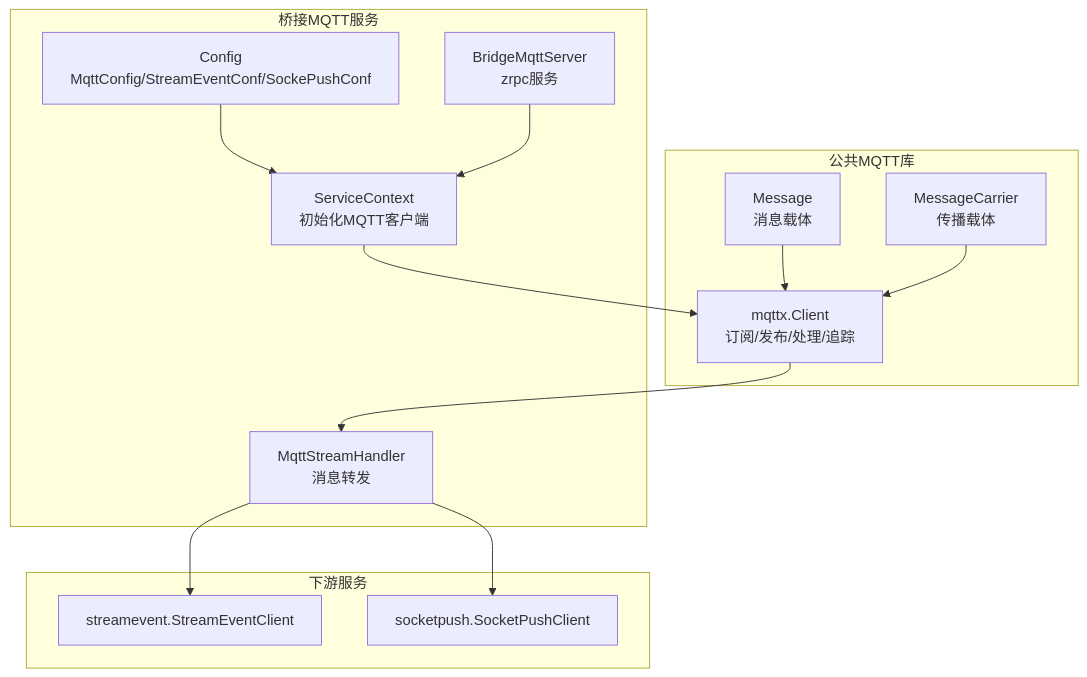
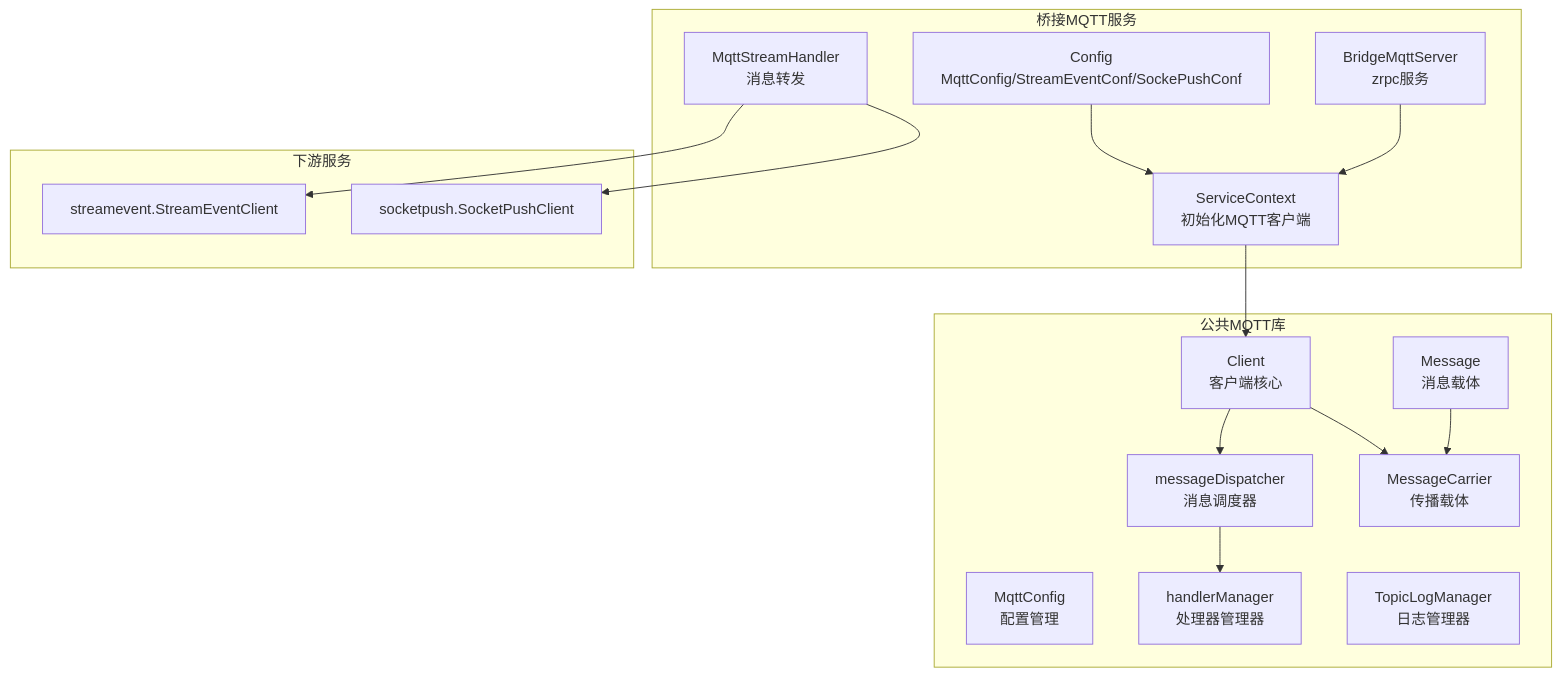
One commit to maomao94/zero-service changed the first of 6 diagrams in .qoder/repowiki/zh/content/公共组件库/协议处理组件/MQTT协议处理组件.md. Above: the diagram before and after it, drawn with Mermaid. The commit also changed other lines of this file and 59 other files, not shown here.

````diff
--- a/.qoder/repowiki/zh/content/公共组件库/协议处理组件/MQTT协议处理组件.md
+++ b/.qoder/repowiki/zh/content/公共组件库/协议处理组件/MQTT协议处理组件.md
@@ -42,26 +53,31 @@
 ```mermaid
 graph TB
 subgraph "公共MQTT库"
-MQTTL["mqttx.Client<br/>订阅/发布/处理/追踪"]
-MSG["Message<br/>消息载体"]
+CLIENT["Client<br/>客户端核心"]
+CONFIG["MqttConfig<br/>配置管理"]
+DISPATCHER["messageDispatcher<br/>消息调度器"]
+HANDLER_MGR["handlerManager<br/>处理器管理器"]
+TOPIC_LOG["TopicLogManager<br/>日志管理器"]
+MESSAGE["Message<br/>消息载体"]
 TRACE["MessageCarrier<br/>传播载体"]
 end
 subgraph "桥接MQTT服务"
 CFG["Config<br/>MqttConfig/StreamEventConf/SockePushConf"]
 SVC["ServiceContext<br/>初始化MQTT客户端"]
 HANDLER["MqttStreamHandler<br/>消息转发"]
 RPCS["BridgeMqttServer<br/>zrpc服务"]
 end
 subgraph "下游服务"
 SE["streamevent.StreamEventClient"]
 SP["socketpush.SocketPushClient"]
 end
-MQTTL --> HANDLER
-MSG --> MQTTL
-TRACE --> MQTTL
+CLIENT --> DISPATCHER
+DISPATCHER --> HANDLER_MGR
+CLIENT --> TRACE
+MESSAGE --> TRACE
 CFG --> SVC
-SVC --> MQTTL
+SVC --> CLIENT
 RPCS --> SVC
 HANDLER --> SE
 HANDLER --> SP
 ```
````
